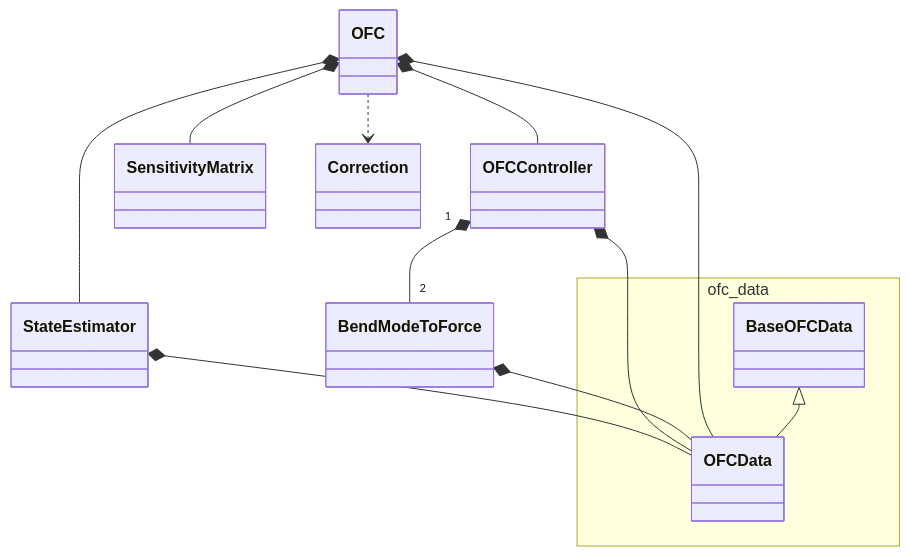
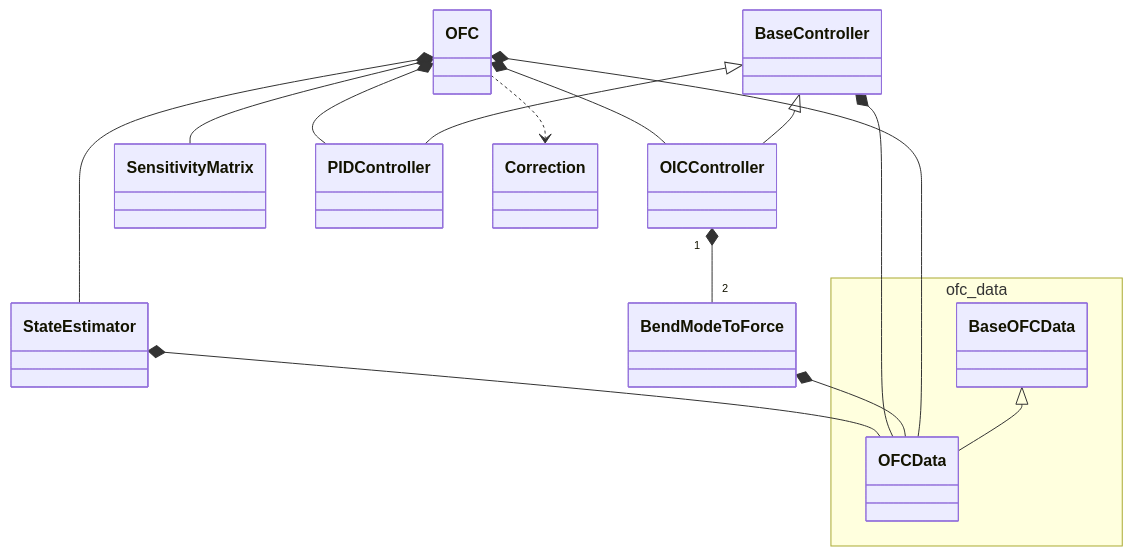
The diagram in doc/uml/ofc_class.mmd (lsst-ts/ts_ofc), drawn with Mermaid before and after one commit. The commit also changed 4 other files, not shown here.

```diff
--- a/doc/uml/ofc_class.mmd
+++ b/doc/uml/ofc_class.mmd
@@ -1,17 +1,20 @@
 classDiagram
 namespace ofc_data {
   class OFCData
   class BaseOFCData
 }
 
 class OFC
 StateEstimator *-- OFCData
-OFCController *-- OFCData
-OFCController "1" *-- "2" BendModeToForce
+BaseController *-- OFCData
+OICController "1" *-- "2" BendModeToForce
 BendModeToForce *-- OFCData
 OFC *-- OFCData
 OFC *-- SensitivityMatrix
 OFC *-- StateEstimator
-OFC *-- OFCController
+OFC *-- OICController
+OFC *-- PIDController
 OFC ..> Correction
 BaseOFCData <|-- OFCData
+BaseController <|-- OICController
+BaseController <|-- PIDController
```
